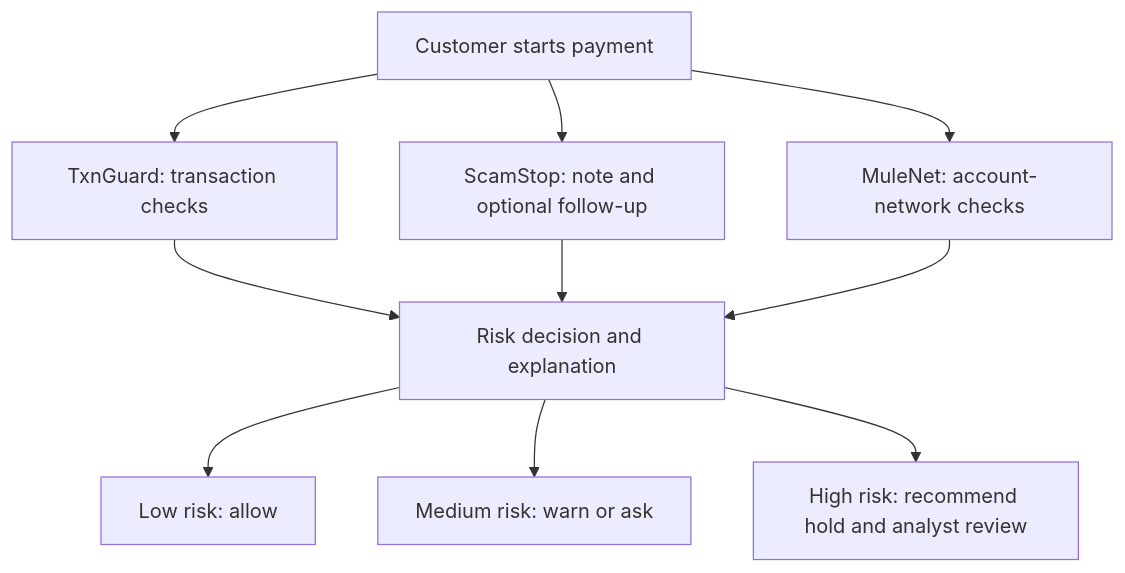
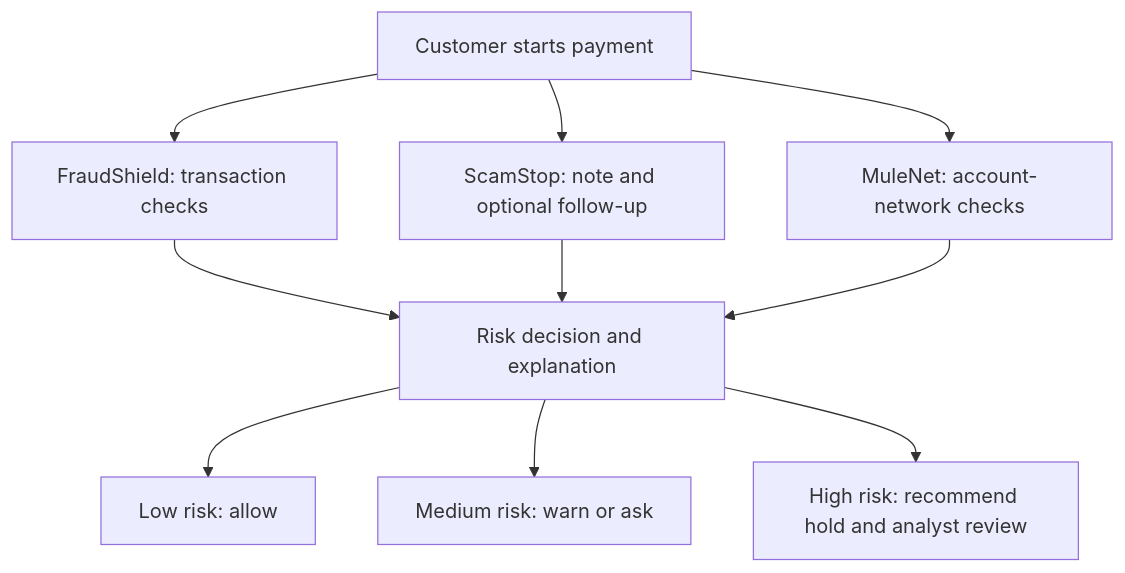
The diagram in README.md (05lakb/scamguard), drawn with Mermaid before and after one commit. The commit also changed other lines of this file and 31 other files, not shown here.

Commit message:
Rename the product to Last Mile Guard across the web app, server and docs; behaviour engine is FraudShield again

````diff
--- a/README.md
+++ b/README.md
@@ -33,12 +33,12 @@
 ```mermaid
 flowchart TB
-    P["Customer starts payment"] --> F["TxnGuard: transaction checks"]
+    P["Customer starts payment"] --> F["FraudShield: transaction checks"]
     P --> S["ScamStop: note and optional follow-up"]
     P --> M["MuleNet: account-network checks"]
     F --> D["Risk decision and explanation"]
     S --> D
     M --> D
     D --> L["Low risk: allow"]
     D --> W["Medium risk: warn or ask"]
     D --> H["High risk: recommend hold and analyst review"]
 ```
````
